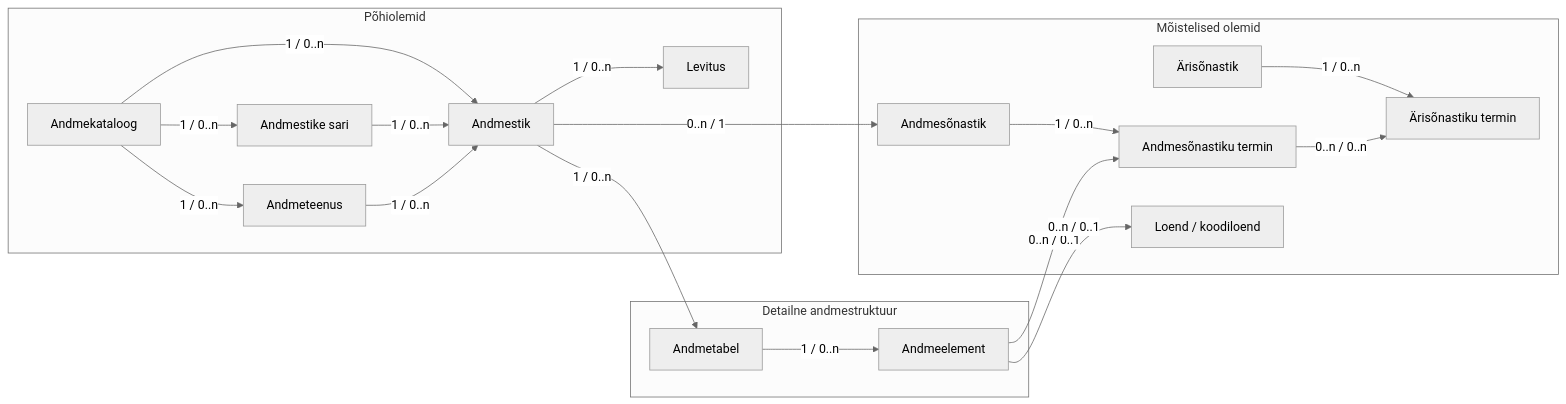
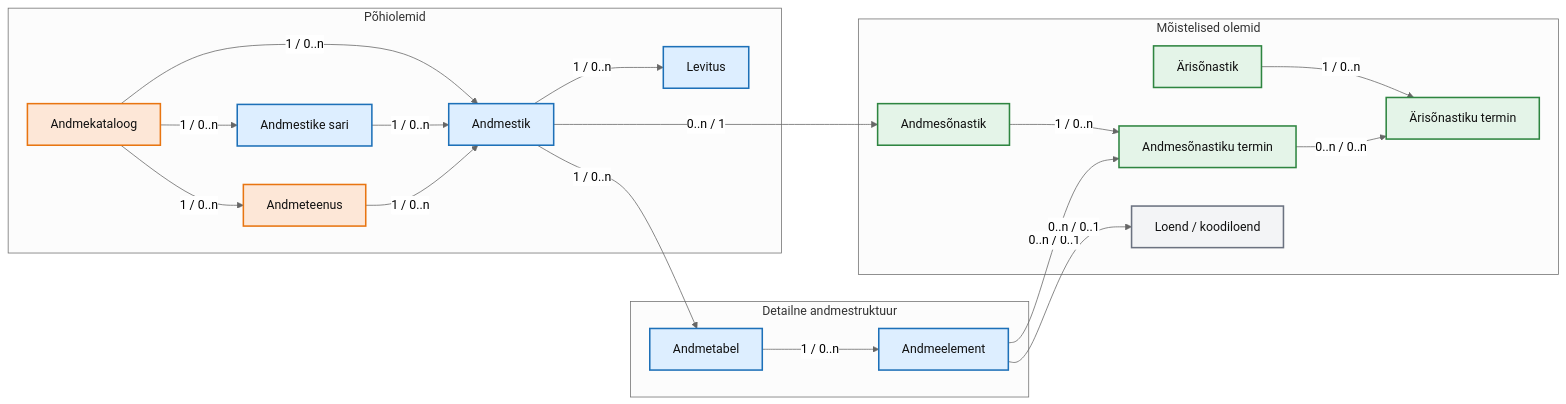
The diagram in docs/index.md (e-gov/Andmekirjelduse-Standard), drawn with Mermaid (neutral theme) before and after one commit.

Commit message:
Olemite diagrammi täiendused

````diff
--- a/docs/index.md
+++ b/docs/index.md
@@ -120,57 +120,67 @@
 ```mermaid
 flowchart LR
 
   subgraph G1["Põhiolemid"]
     Kataloog["Andmekataloog"]
     Sari["Andmestike sari"]
     Andmestik["Andmestik"]
     Levitus["Levitus"]
     Teenus["Andmeteenus"]
   end
 
   subgraph G2["Detailne andmestruktuur"]
     Tabel["Andmetabel"]
     Element["Andmeelement"]
   end
 
   subgraph G3["Mõistelised olemid"]
     Andmesonastik["Andmesõnastik"]
     AndmeTermin["Andmesõnastiku termin"]
     Arisonastik["Ärisõnastik"]
     AriTermin["Ärisõnastiku termin"]
     Loend["Loend / koodiloend"]
   end
 
   Kataloog -->|"1 / 0..n"| Sari
   Kataloog -->|"1 / 0..n"| Andmestik
   Kataloog -->|"1 / 0..n"| Teenus
 
   Sari -->|"1 / 0..n"| Andmestik
 
   Andmestik -->|"1 / 0..n"| Levitus
   Teenus -->|"1 / 0..n"| Andmestik
 
   Andmestik -->|"1 / 0..n"| Tabel
   Tabel -->|"1 / 0..n"| Element
 
   Andmestik -->|"0..n / 1"| Andmesonastik
   Andmesonastik -->|"1 / 0..n"| AndmeTermin
   Arisonastik -->|"1 / 0..n"| AriTermin
 
   Element -->|"0..n / 0..1"| AndmeTermin
   Element -->|"0..n / 0..1"| Loend
   AndmeTermin -->|"0..n / 0..n"| AriTermin
 
+  classDef oranz fill:#FDE7D7,stroke:#E87511,stroke-width:2px,color:#111111;
+  classDef sinine fill:#DDEEFF,stroke:#1D70B8,stroke-width:2px,color:#111111;
+  classDef roheline fill:#E4F4E8,stroke:#2E8540,stroke-width:2px,color:#111111;
+  classDef hall fill:#F3F4F6,stroke:#6B7280,stroke-width:2px,color:#111111;
+
+  class Kataloog,Teenus oranz;
+  class Andmestik,Sari,Levitus,Tabel,Element sinine;
+  class Andmesonastik,AndmeTermin,Arisonastik,AriTermin roheline;
+  class Loend hall;
+
   click Kataloog "#21-andmekataloogi-kirjeldus" "Ava andmekataloogi kirjeldus" _self
   click Andmestik "#22-andmestiku-kirjeldus" "Ava andmekataloogi kirjeldus" _self
   click Levitus "#23-andmestiku-levituse-kirjeldus" "Ava levituse kirjeldus" _self
   click Sari "#24-andmestike-sarja-kirjeldus" "Ava andmestike sarja kirjeldus" _self
   click Teenus "#25-andmeteenuse-kirjeldus" "Ava andmeteenuse kirjeldus" _self
   click Tabel "#26-andmebaasi-tabeli-kirjeldus" "Ava andmetabeli kirjeldus" _self
   click Element "#27-andmeelemendi-kirjeldus" "Ava andmeelemendi kirjeldus" _self
-  click Andmesonastik "#31-andmesõnastiku-kirjeldus" "Ava andmesõnastiku kirjeldus" _self
-  click AndmeTermin "#32-andmesõnastiku-termini-kirjeldus" "Ava andmesõnastiku termini kirjeldus" _self
-  click Arisonastik "#33-ärisõnastiku-kirjeldus" "Ava ärisõnastiku kirjeldus" _self
-  click AriTermin "#34-ärisõnastiku-termini-kirjeldus" "Ava ärisõnastiku termini kirjeldus" _self
+  click Andmesonastik "#31-andmesonastiku-kirjeldus" "Ava andmesõnastiku kirjeldus" _self
+  click AndmeTermin "#32-andmesonastiku-termini-kirjeldus" "Ava andmesõnastiku termini kirjeldus" _self
+  click Arisonastik "#33-arisonastiku-kirjeldus" "Ava ärisõnastiku kirjeldus" _self
+  click AriTermin "#34-arisonastiku-termini-kirjeldus" "Ava ärisõnastiku termini kirjeldus" _self
 
 ```
````
